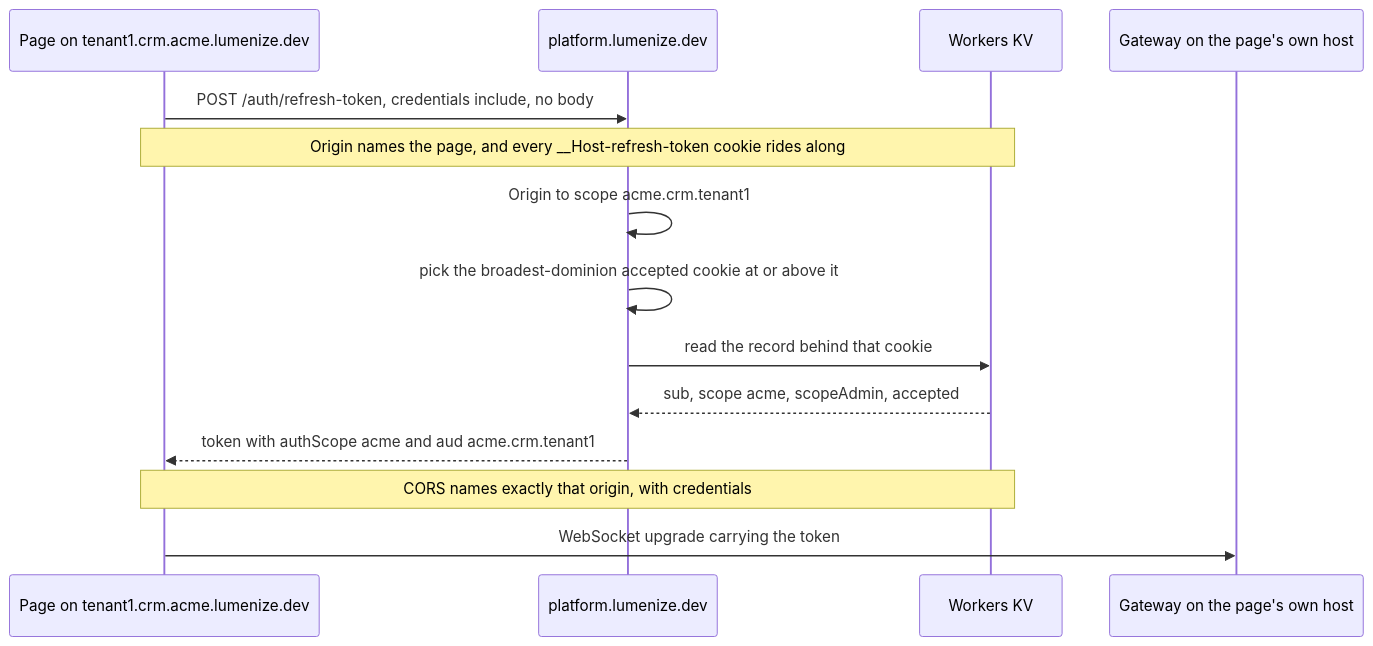
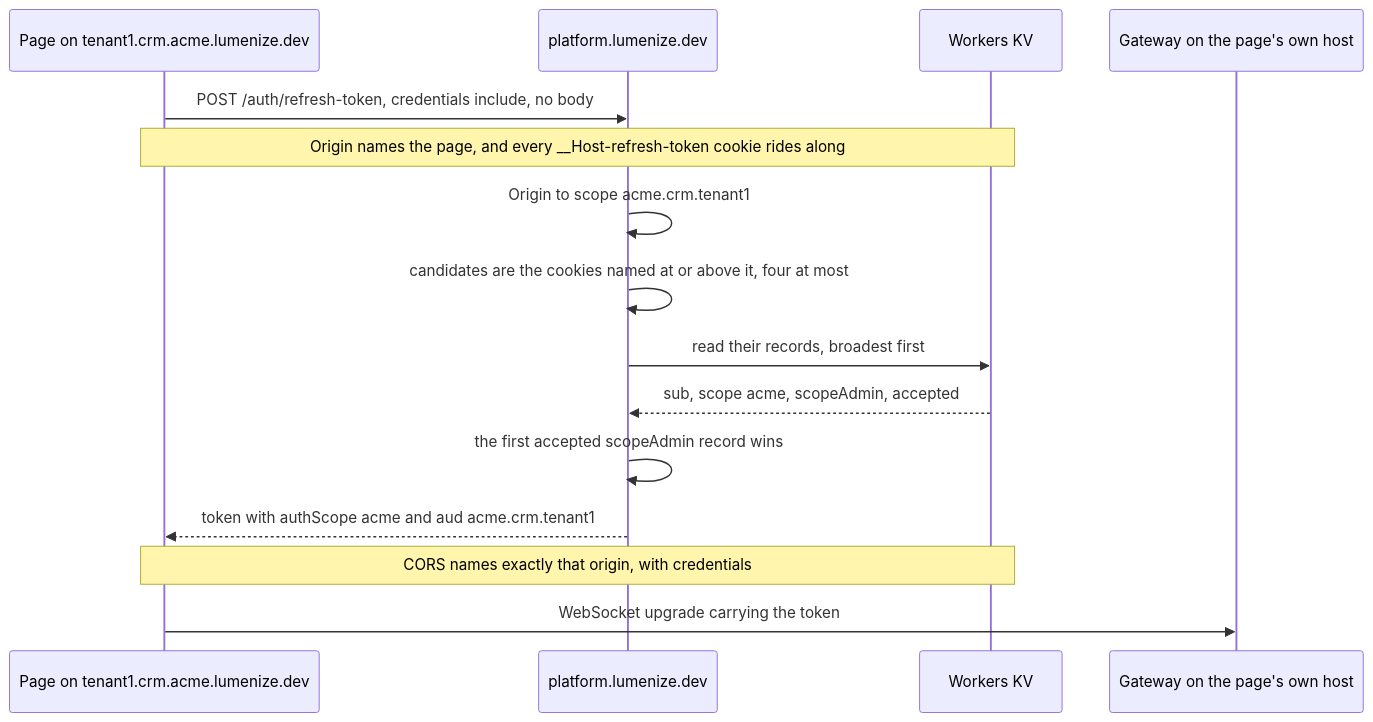
Before and after one commit to lumenize/lumenize: the first of 3 diagrams in tasks/nebula-scope-moves-to-subdomain.md, drawn with Mermaid. The commit also changed other lines of this file, not shown here.

First line of the commit message:
docs(subdomain): subtractive pass — cut the body's rejection arguments, fix a stale diagram

````diff
--- a/tasks/nebula-scope-moves-to-subdomain.md
+++ b/tasks/nebula-scope-moves-to-subdomain.md
@@ -147,16 +147,17 @@
 ```mermaid
 sequenceDiagram
     participant P as Page on tenant1.crm.acme.lumenize.dev
     participant PH as platform.lumenize.dev
     participant KV as Workers KV
     participant GW as Gateway on the page's own host
     P->>PH: POST /auth/refresh-token, credentials include, no body
     Note over P,KV: Origin names the page, and every __Host-refresh-token cookie rides along
     PH->>PH: Origin to scope acme.crm.tenant1
-    PH->>PH: pick the broadest-dominion accepted cookie at or above it
-    PH->>KV: read the record behind that cookie
+    PH->>PH: candidates are the cookies named at or above it, four at most
+    PH->>KV: read their records, broadest first
     KV-->>PH: sub, scope acme, scopeAdmin, accepted
+    PH->>PH: the first accepted scopeAdmin record wins
     PH-->>P: token with authScope acme and aud acme.crm.tenant1
     Note over P,KV: CORS names exactly that origin, with credentials
     P->>GW: WebSocket upgrade carrying the token
 ```
````
